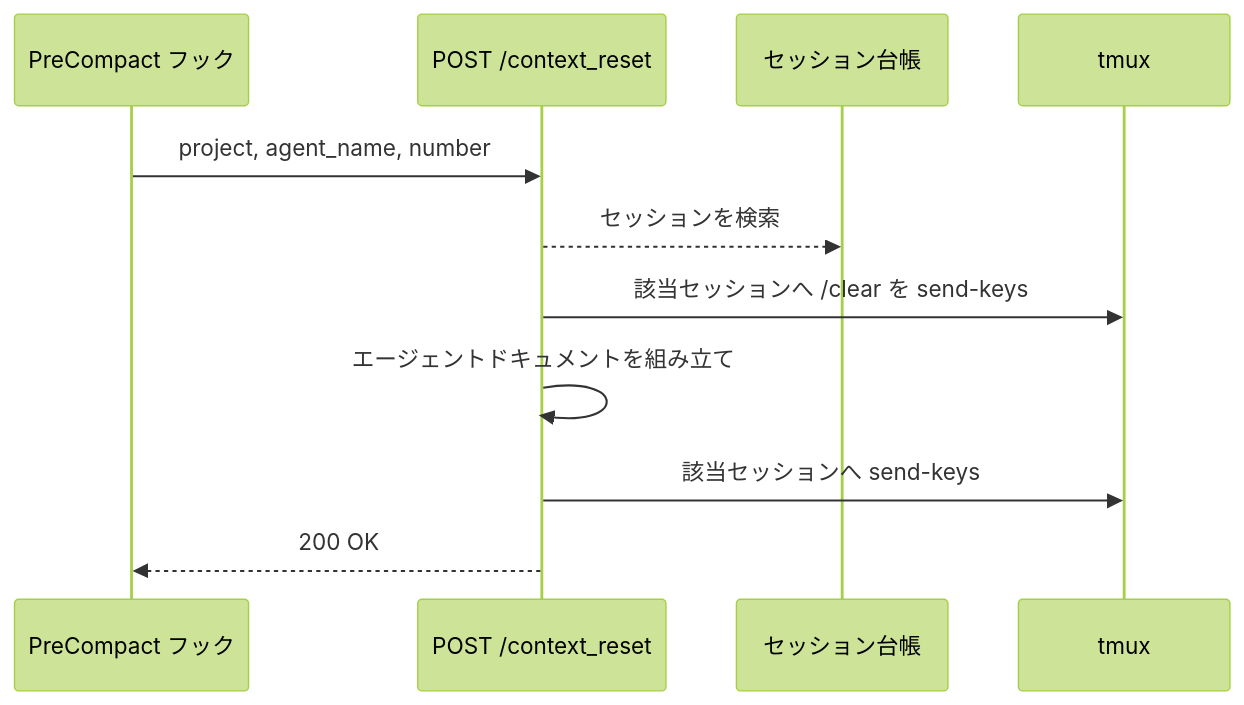
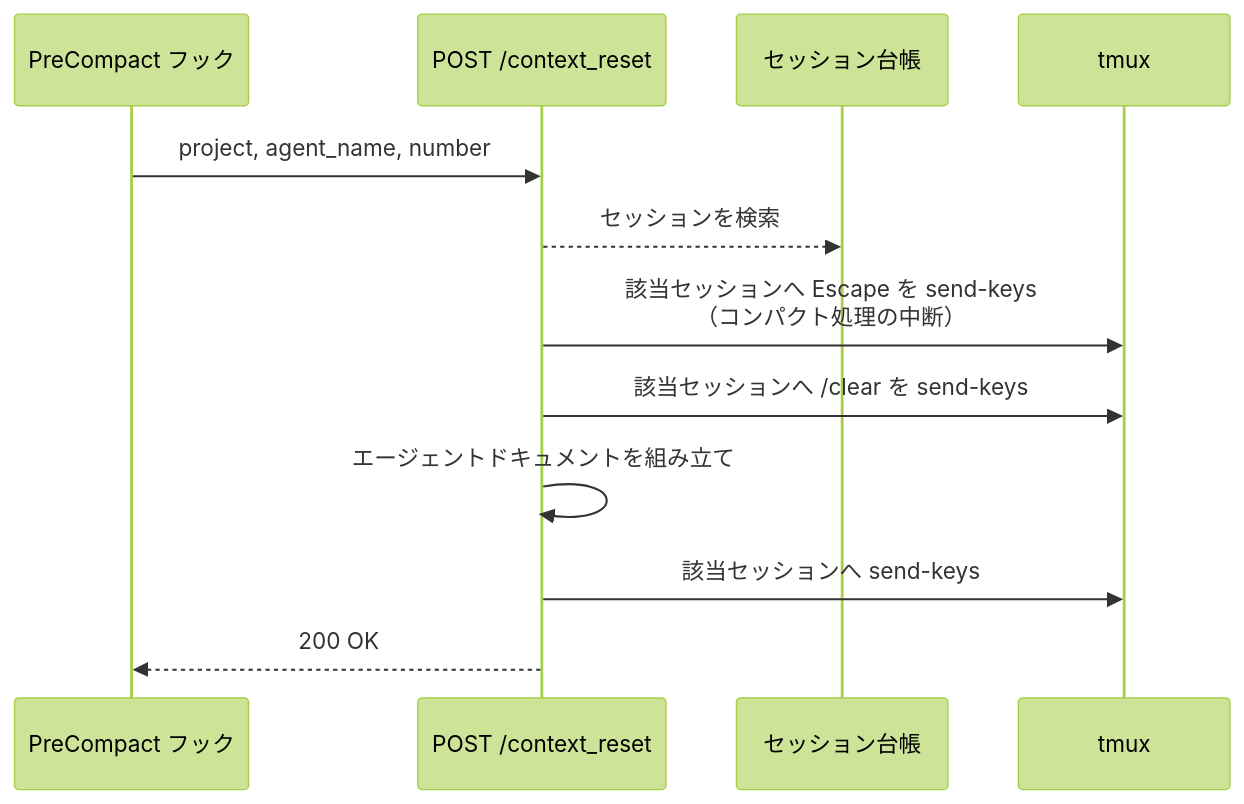
Before and after one commit to shuhei1101/ai-monitor: the first of 2 diagrams in docs/wiki/設計図/バックエンド結合/コンテキストリセット.py.md, drawn with Mermaid (forest theme). The commit also changed other lines of this file and 12 other files, not shown here.

````diff
--- a/docs/wiki/設計図/バックエンド結合/コンテキストリセット.py.md
+++ b/docs/wiki/設計図/バックエンド結合/コンテキストリセット.py.md
@@ -86,14 +86,15 @@
 ```mermaid
 sequenceDiagram
   participant H as PreCompact フック
   participant IF as POST /context_reset
   participant REG as セッション台帳
   participant TMUX as tmux
 
   H->>IF: project, agent_name, number
   IF-->>REG: セッションを検索
+  IF->>TMUX: 該当セッションへ Escape を send-keys<br>（コンパクト処理の中断）
   IF->>TMUX: 該当セッションへ /clear を send-keys
   IF->>IF: エージェントドキュメントを組み立て
   IF->>TMUX: 該当セッションへ send-keys
   IF-->>H: 200 OK
 ```
````
